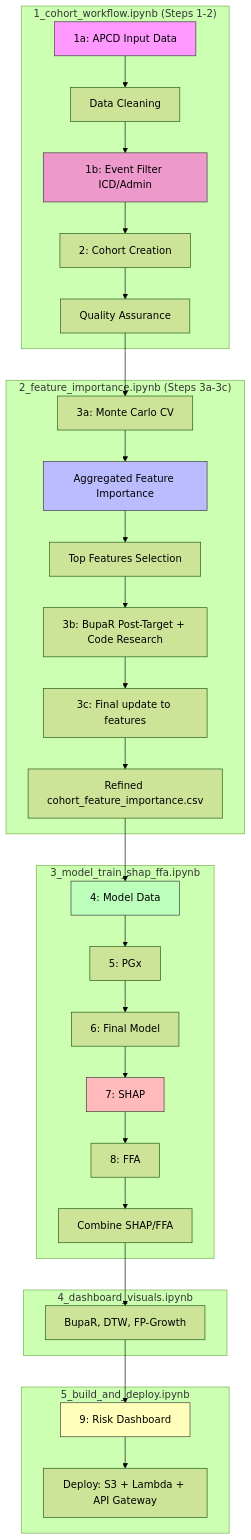
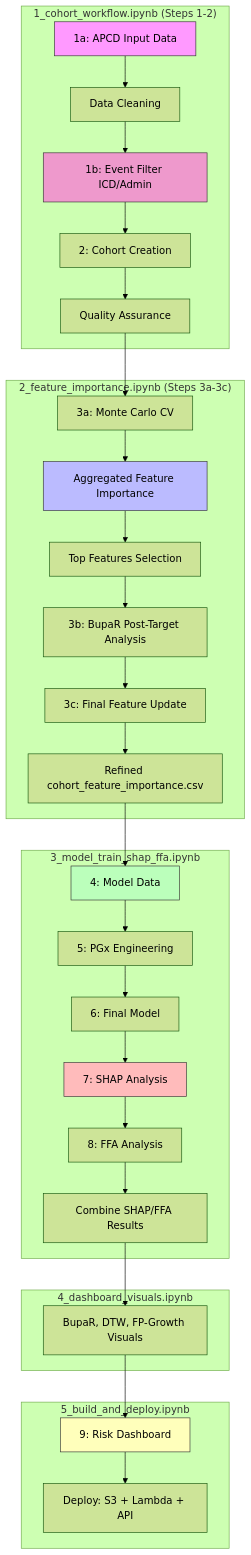
One commit to Jerome3590/pgx-analysis changed the diagram in README.md. Above: the diagram before and after it, drawn with Mermaid (forest theme). The commit also changed other lines of this file and 33 other files, not shown here.

````diff
--- a/README.md
+++ b/README.md
@@ -108,43 +43,43 @@
 ```mermaid
 flowchart TD
     subgraph W1["1_cohort_workflow.ipynb (Steps 1-2)"]
         A1[1a: APCD Input Data] --> A2[Data Cleaning]
         A2 --> A1b[1b: Event Filter ICD/Admin]
         A1b --> A3[2: Cohort Creation]
         A3 --> A4[Quality Assurance]
     end
 
     subgraph W2["2_feature_importance.ipynb (Steps 3a-3c)"]
         A4 --> B1[3a: Monte Carlo CV]
         B1 --> B2[Aggregated Feature Importance]
         B2 --> B3[Top Features Selection]
-        B3 --> B4[3b: BupaR Post-Target + Code Research]
-        B4 --> B5[3c: Final update to features]
+        B3 --> B4[3b: BupaR Post-Target Analysis]
+        B4 --> B5[3c: Final Feature Update]
         B5 --> B6[Refined cohort_feature_importance.csv]
     end
 
     subgraph W3["3_model_train_shap_ffa.ipynb"]
         B6 --> C1[4: Model Data]
-        C1 --> D1[5: PGx]
+        C1 --> D1[5: PGx Engineering]
         D1 --> E1[6: Final Model]
-        E1 --> E4[7: SHAP]
-        E4 --> F2[8: FFA]
-        F2 --> F1[Combine SHAP/FFA]
+        E1 --> E4[7: SHAP Analysis]
+        E4 --> F2[8: FFA Analysis]
+        F2 --> F1[Combine SHAP/FFA Results]
     end
 
     subgraph W4["4_dashboard_visuals.ipynb"]
-        F1 --> G0[BupaR, DTW, FP-Growth]
+        F1 --> G0[BupaR, DTW, FP-Growth Visuals]
     end
 
     subgraph W5["5_build_and_deploy.ipynb"]
         G0 --> G1[9: Risk Dashboard]
-        G1 --> G5[Deploy: S3 + Lambda + API Gateway]
+        G1 --> G5[Deploy: S3 + Lambda + API]
     end
 
     style A1 fill:#f9f,stroke:#333
     style A1b fill:#e9c,stroke:#333
     style B2 fill:#bbf,stroke:#333
     style C1 fill:#bfb,stroke:#333
     style E4 fill:#fbb,stroke:#333
     style G1 fill:#ffb,stroke:#333
 ```
````
